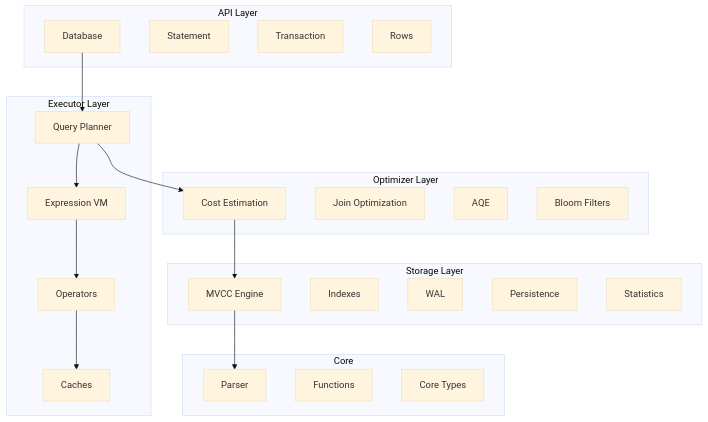
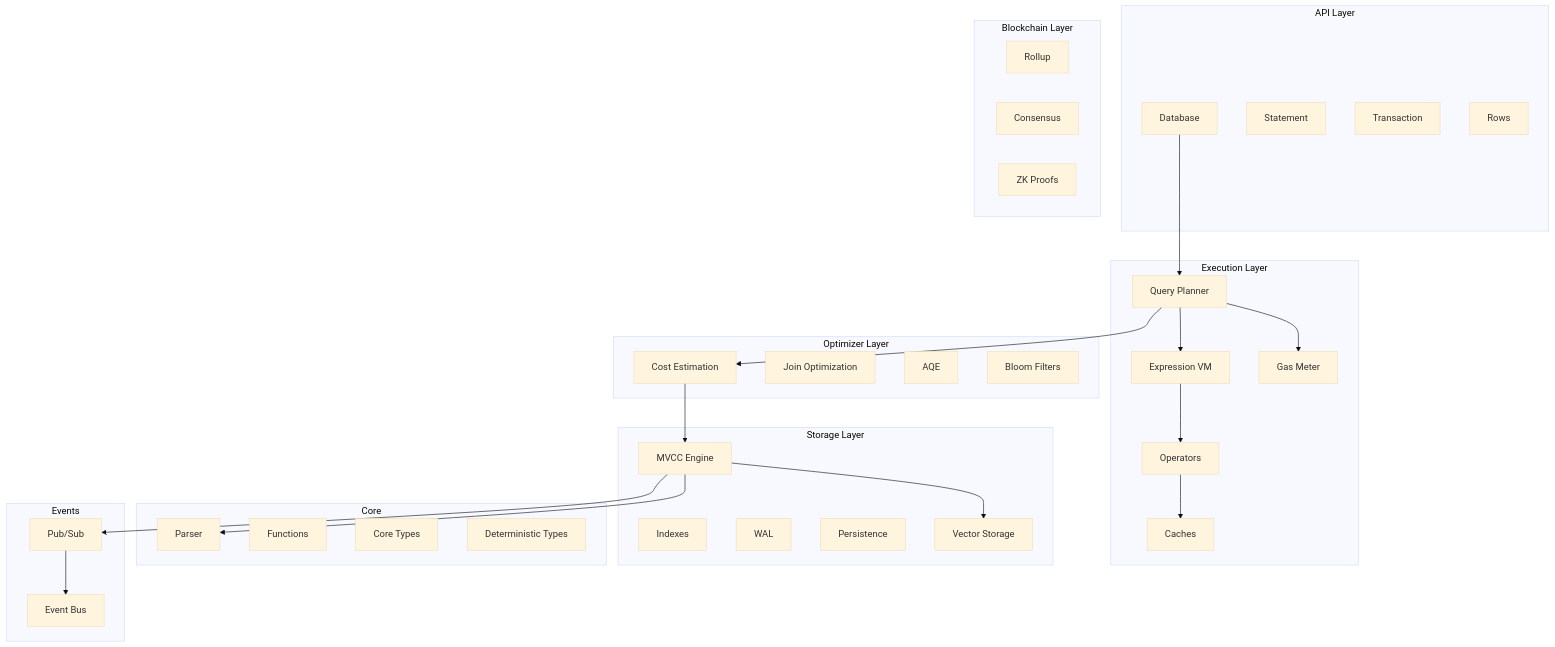
The first of 2 diagrams in docs/research/stoolap-research.md (CipherOcto/cipherocto), drawn with Mermaid (base theme) before and after one commit. The commit also changed other lines of this file, not shown here.

````diff
--- a/docs/research/stoolap-research.md
+++ b/docs/research/stoolap-research.md
@@ -32,45 +33,62 @@
 ```mermaid
 graph TB
     subgraph "API Layer"
         A[Database]
         B[Statement]
         C[Transaction]
         D[Rows]
     end
 
-    subgraph "Executor Layer"
+    subgraph "Execution Layer"
         E[Query Planner]
         F[Expression VM]
         G[Operators]
         H[Caches]
+        I[Gas Meter]
     end
 
     subgraph "Optimizer Layer"
-        I[Cost Estimation]
-        J[Join Optimization]
-        K[AQE]
-        L[Bloom Filters]
+        J[Cost Estimation]
+        K[Join Optimization]
+        L[AQE]
+        M[Bloom Filters]
     end
 
     subgraph "Storage Layer"
-        M[MVCC Engine]
-        N[Indexes]
-        O[WAL]
-        P[Persistence]
-        Q[Statistics]
+        N[MVCC Engine]
+        O[Indexes]
+        P[WAL]
+        Q[Persistence]
+        R[Vector Storage]
+    end
+
+    subgraph "Blockchain Layer"
+        S[Rollup]
+        T[Consensus]
+        U[ZK Proofs]
     end
 
     subgraph "Core"
-        R[Parser]
-        S[Functions]
-        T[Core Types]
+        V[Parser]
+        W[Functions]
+        X[Core Types]
+        Y[Deterministic Types]
+    end
+
+    subgraph "Events"
+        Z[Pub/Sub]
+        AA[Event Bus]
     end
 
     A --> E
-    E --> I
-    I --> M
-    M --> R
+    E --> J
+    J --> N
+    N --> V
     E --> F
     F --> G
     G --> H
+    E --> I
+    N --> R
+    N --> Z
+    Z --> AA
 ```
````
